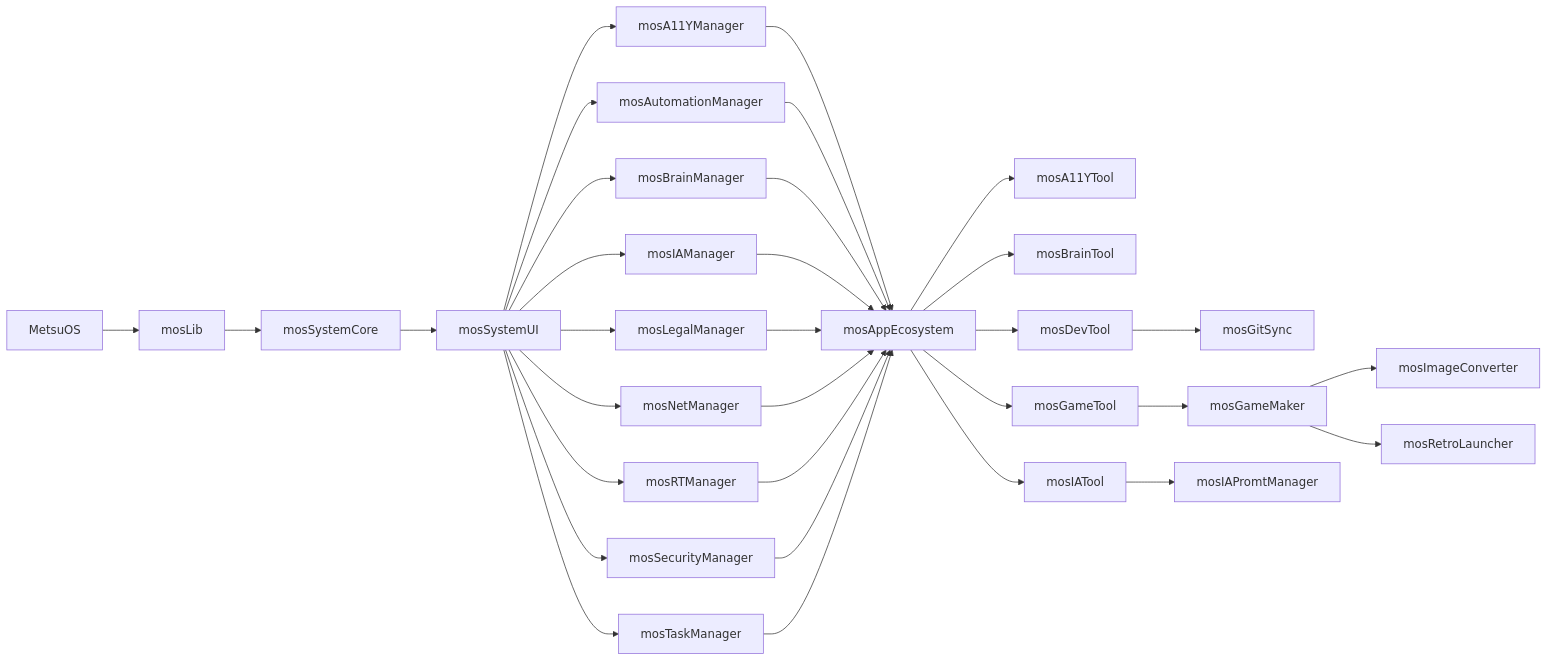
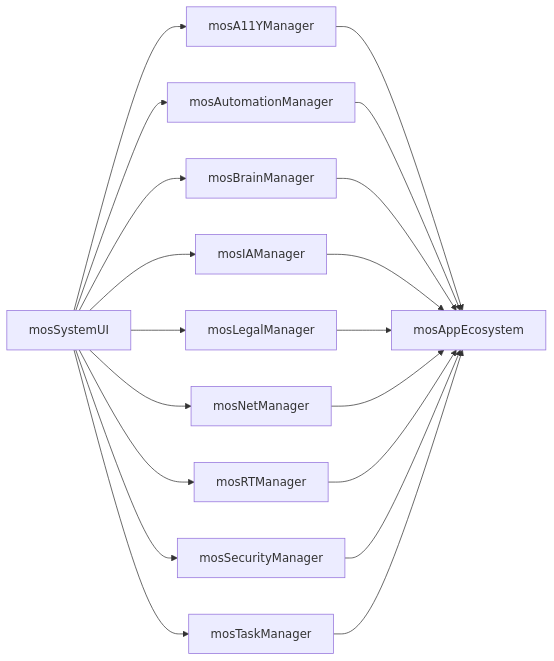
Before and after one commit to metsuke/23-MetsuOS-PublicBrain: the fourth of 5 diagrams in Apps.md, drawn with Mermaid. The commit also changed other lines of this file and 11 other files, not shown here.

````diff
--- a/Apps.md
+++ b/Apps.md
@@ -183,34 +194,22 @@
 ```mermaid
 graph LR
-    A[MetsuOS] --> B[mosLib]
-    B --> C[mosSystemCore]
-    C --> D[mosSystemUI]
+    D[mosSystemUI]
     D --> E[mosA11YManager]
     D --> F[mosAutomationManager]
     D --> G[mosBrainManager]
     D --> H[mosIAManager]
     D --> I[mosLegalManager]
     D --> J[mosNetManager]
     D --> K[mosRTManager]
     D --> L[mosSecurityManager]
     D --> M[mosTaskManager]
     E --> N[mosAppEcosystem]
     F --> N[mosAppEcosystem]
     G --> N[mosAppEcosystem]
     H --> N[mosAppEcosystem]
     I --> N[mosAppEcosystem]
     J --> N[mosAppEcosystem]
     K --> N[mosAppEcosystem]
     L --> N[mosAppEcosystem]
     M --> N[mosAppEcosystem]
-    N --> O[mosA11YTool]
-    N --> P[mosBrainTool]
-    N --> Q[mosDevTool]
-    Q --> R[mosGitSync]
-    N --> S[mosGameTool]
-    V --> T[mosImageConverter]
-    V --> U[mosRetroLauncher]
-    S --> V[mosGameMaker]    
-    N --> W[mosIATool]
-    W --> X[mosIAPromtManager]
 ```
````
